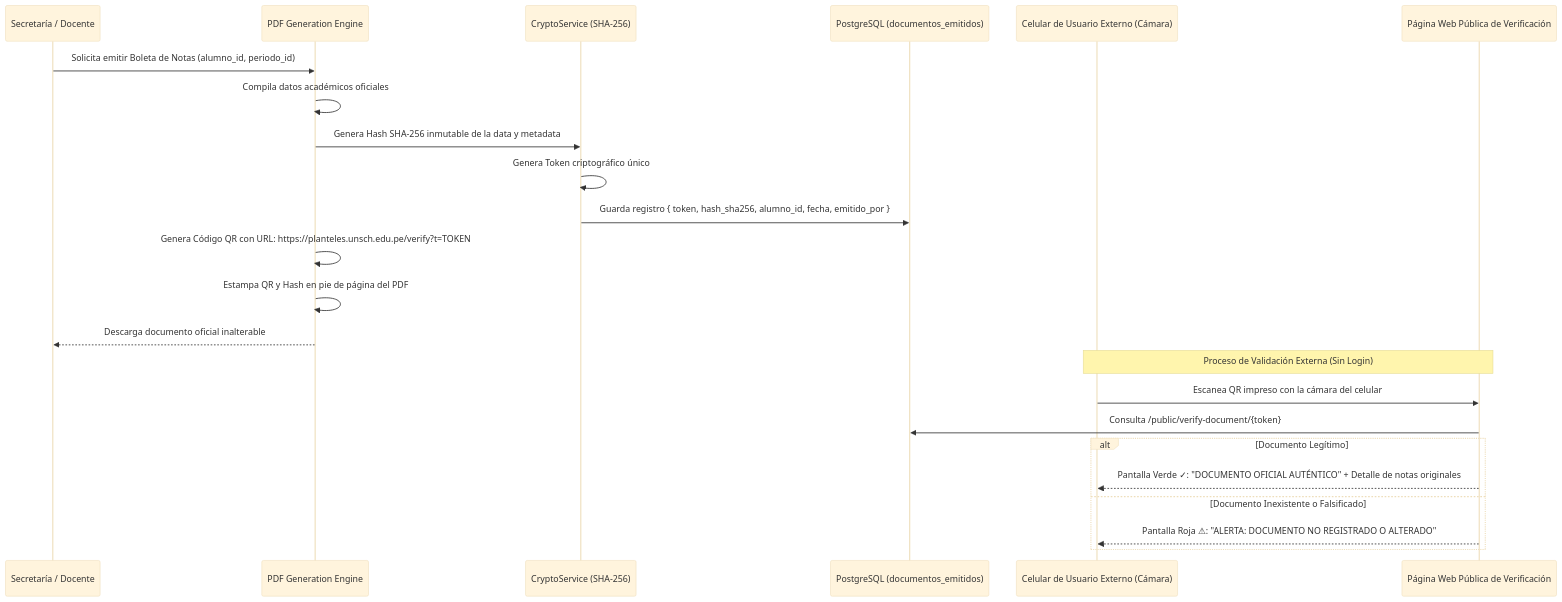
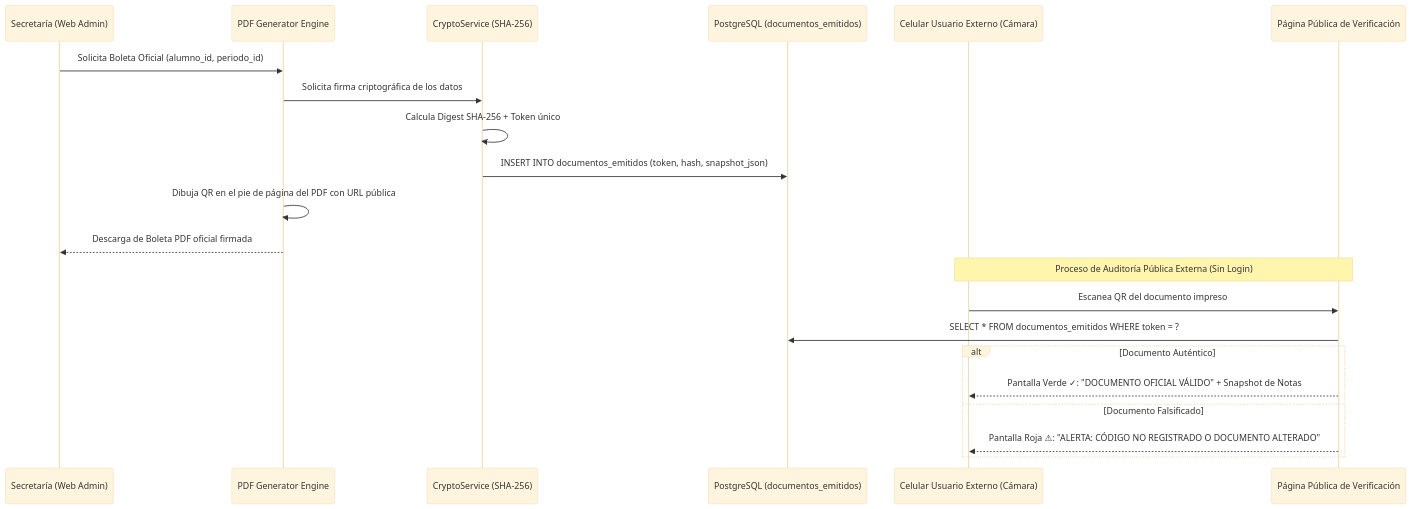
The diagram in D - Base 1 - 01092026/Fase 2/Arquitectura/Squad 5 - Secretaria y Portal Web/README.md (Eduardo-Sebastian-Paipay-Vega/school-management-system), drawn with Mermaid (base theme) before and after one commit. The commit also changed other lines of this file and 20 other files, not shown here.

````diff
--- a/D - Base 1 - 01092026/Fase 2/Arquitectura/Squad 5 - Secretaria y Portal Web/README.md
+++ b/D - Base 1 - 01092026/Fase 2/Arquitectura/Squad 5 - Secretaria y Portal Web/README.md
@@ -36,27 +26,25 @@
 ```mermaid
 sequenceDiagram
-    participant Sec as Secretaría / Docente
-    participant Engine as PDF Generation Engine
+    participant S as Secretaría (Web Admin)
+    participant PDF as PDF Generator Engine
     participant Crypto as CryptoService (SHA-256)
     participant DB as PostgreSQL (documentos_emitidos)
-    participant PublicUser as Celular de Usuario Externo (Cámara)
-    participant PublicWeb as Página Web Pública de Verificación
+    participant Ext as Celular Usuario Externo (Cámara)
+    participant WebPub as Página Pública de Verificación
 
-    Sec->>Engine: Solicita emitir Boleta de Notas (alumno_id, periodo_id)
-    Engine->>Engine: Compila datos académicos oficiales
-    Engine->>Crypto: Genera Hash SHA-256 inmutable de la data y metadata
-    Crypto->>Crypto: Genera Token criptográfico único
-    Crypto->>DB: Guarda registro { token, hash_sha256, alumno_id, fecha, emitido_por }
-    Engine->>Engine: Genera Código QR con URL: https://planteles.unsch.edu.pe/verify?t=TOKEN
-    Engine->>Engine: Estampa QR y Hash en pie de página del PDF
-    Engine-->>Sec: Descarga documento oficial inalterable
+    S->>PDF: Solicita Boleta Oficial (alumno_id, periodo_id)
+    PDF->>Crypto: Solicita firma criptográfica de los datos
+    Crypto->>Crypto: Calcula Digest SHA-256 + Token único
+    Crypto->>DB: INSERT INTO documentos_emitidos (token, hash, snapshot_json)
+    PDF->>PDF: Dibuja QR en el pie de página del PDF con URL pública
+    PDF-->>S: Descarga de Boleta PDF oficial firmada
 
-    Note over PublicUser,PublicWeb: Proceso de Validación Externa (Sin Login)
-    PublicUser->>PublicWeb: Escanea QR impreso con la cámara del celular
-    PublicWeb->>DB: Consulta /public/verify-document/{token}
-    alt Documento Legítimo
-        PublicWeb-->>PublicUser: Pantalla Verde ✓: "DOCUMENTO OFICIAL AUTÉNTICO" + Detalle de notas originales
-    else Documento Inexistente o Falsificado
-        PublicWeb-->>PublicUser: Pantalla Roja ⚠: "ALERTA: DOCUMENTO NO REGISTRADO O ALTERADO"
+    Note over Ext,WebPub: Proceso de Auditoría Pública Externa (Sin Login)
+    Ext->>WebPub: Escanea QR del documento impreso
+    WebPub->>DB: SELECT * FROM documentos_emitidos WHERE token = ?
+    alt Documento Auténtico
+        WebPub-->>Ext: Pantalla Verde ✓: "DOCUMENTO OFICIAL VÁLIDO" + Snapshot de Notas
+    else Documento Falsificado
+        WebPub-->>Ext: Pantalla Roja ⚠: "ALERTA: CÓDIGO NO REGISTRADO O DOCUMENTO ALTERADO"
     end
 ```
````
